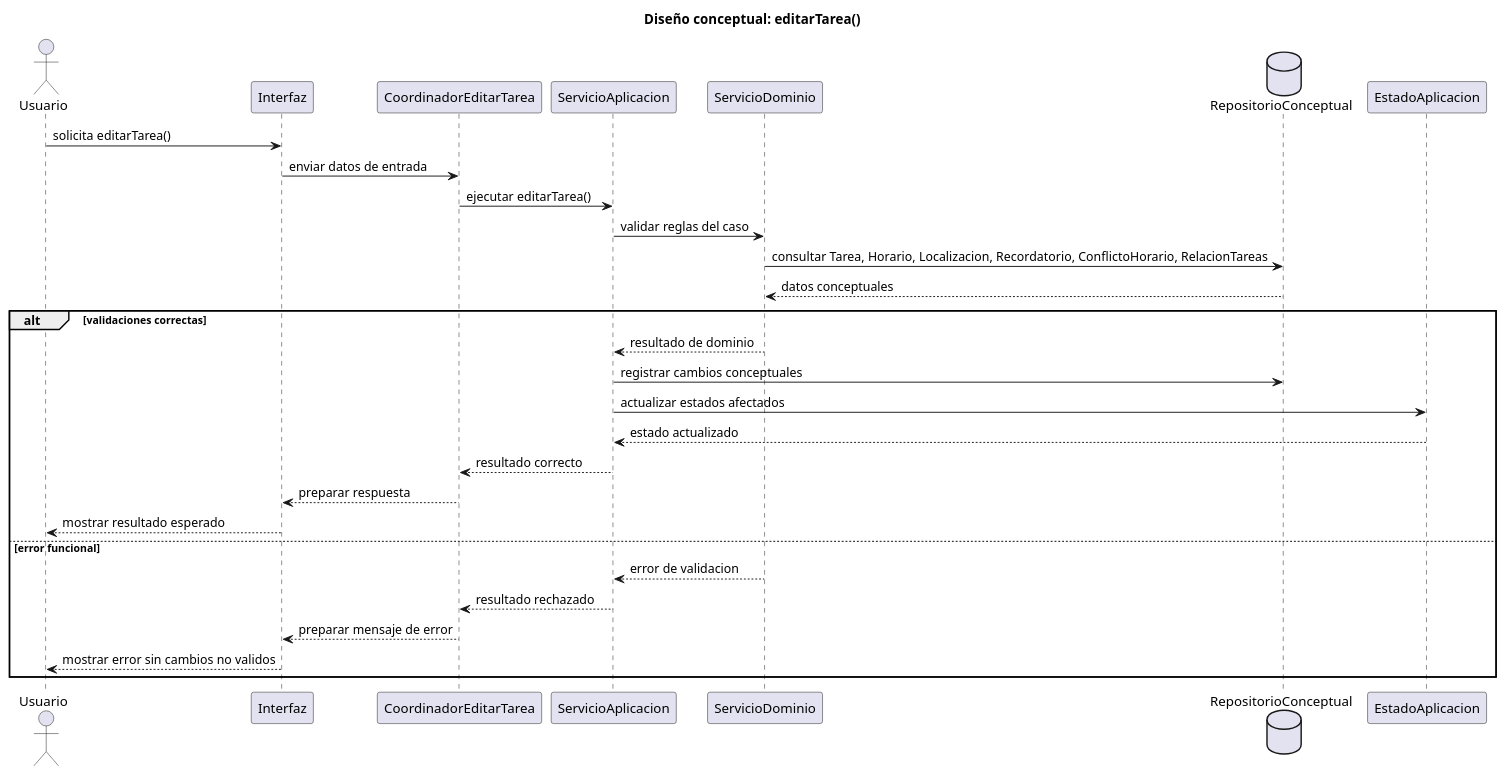
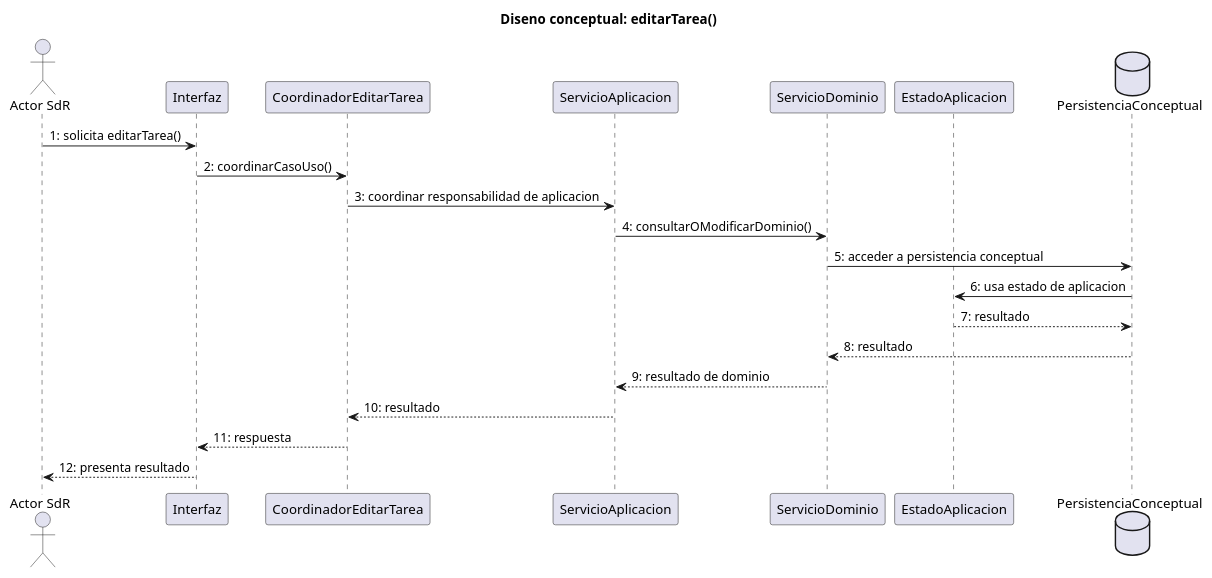
One commit to inigovaqueroo04/25-26-idsw2-sdVC changed the diagram in documents/RUP/02-diseño/casos-uso/gestion-tareas/editarTarea/README.md. Above: the diagram before and after it, drawn with PlantUML. The commit also changed other lines of this file and 24 other files, not shown here.

Commit message:
docs: validar trazabilidad integral de diseno

````diff
--- a/documents/RUP/02-diseño/casos-uso/gestion-tareas/editarTarea/README.md
+++ b/documents/RUP/02-diseño/casos-uso/gestion-tareas/editarTarea/README.md
@@ -87,36 +85,27 @@
 ```plantuml
 @startuml editarTarea-diseno-secuencia
-title Diseño conceptual: editarTarea()
+title Diseno conceptual: editarTarea()
 
-actor "Usuario" as Usuario
+actor "Actor SdR" as Actor
 participant "Interfaz" as Interfaz
 participant "CoordinadorEditarTarea" as Coordinador
 participant "ServicioAplicacion" as ServicioAplicacion
 participant "ServicioDominio" as ServicioDominio
-database "RepositorioConceptual" as Repositorio
 participant "EstadoAplicacion" as EstadoAplicacion
+database "PersistenciaConceptual" as Persistencia
 
-Usuario -> Interfaz : solicita editarTarea()
-Interfaz -> Coordinador : enviar datos de entrada
-Coordinador -> ServicioAplicacion : ejecutar editarTarea()
-ServicioAplicacion -> ServicioDominio : validar reglas del caso
-ServicioDominio -> Repositorio : consultar Tarea, Horario, Localizacion, Recordatorio, ConflictoHorario, RelacionTareas
-Repositorio --> ServicioDominio : datos conceptuales
-
-alt validaciones correctas
-  ServicioDominio --> ServicioAplicacion : resultado de dominio
-  ServicioAplicacion -> Repositorio : registrar cambios conceptuales
-  ServicioAplicacion -> EstadoAplicacion : actualizar estados afectados
-  EstadoAplicacion --> ServicioAplicacion : estado actualizado
-  ServicioAplicacion --> Coordinador : resultado correcto
-  Coordinador --> Interfaz : preparar respuesta
-  Interfaz --> Usuario : mostrar resultado esperado
-else error funcional
-  ServicioDominio --> ServicioAplicacion : error de validacion
-  ServicioAplicacion --> Coordinador : resultado rechazado
-  Coordinador --> Interfaz : preparar mensaje de error
-  Interfaz --> Usuario : mostrar error sin cambios no validos
-end
+Actor -> Interfaz : 1: solicita editarTarea()
+Interfaz -> Coordinador : 2: coordinarCasoUso()
+Coordinador -> ServicioAplicacion : 3: coordinar responsabilidad de aplicacion
+ServicioAplicacion -> ServicioDominio : 4: consultarOModificarDominio()
+ServicioDominio -> Persistencia : 5: acceder a persistencia conceptual
+Persistencia -> EstadoAplicacion : 6: usa estado de aplicacion
+EstadoAplicacion --> Persistencia : 7: resultado
+Persistencia --> ServicioDominio : 8: resultado
+ServicioDominio --> ServicioAplicacion : 9: resultado de dominio
+ServicioAplicacion --> Coordinador : 10: resultado
+Coordinador --> Interfaz : 11: respuesta
+Interfaz --> Actor : 12: presenta resultado
 
 @enduml
 ```
````
